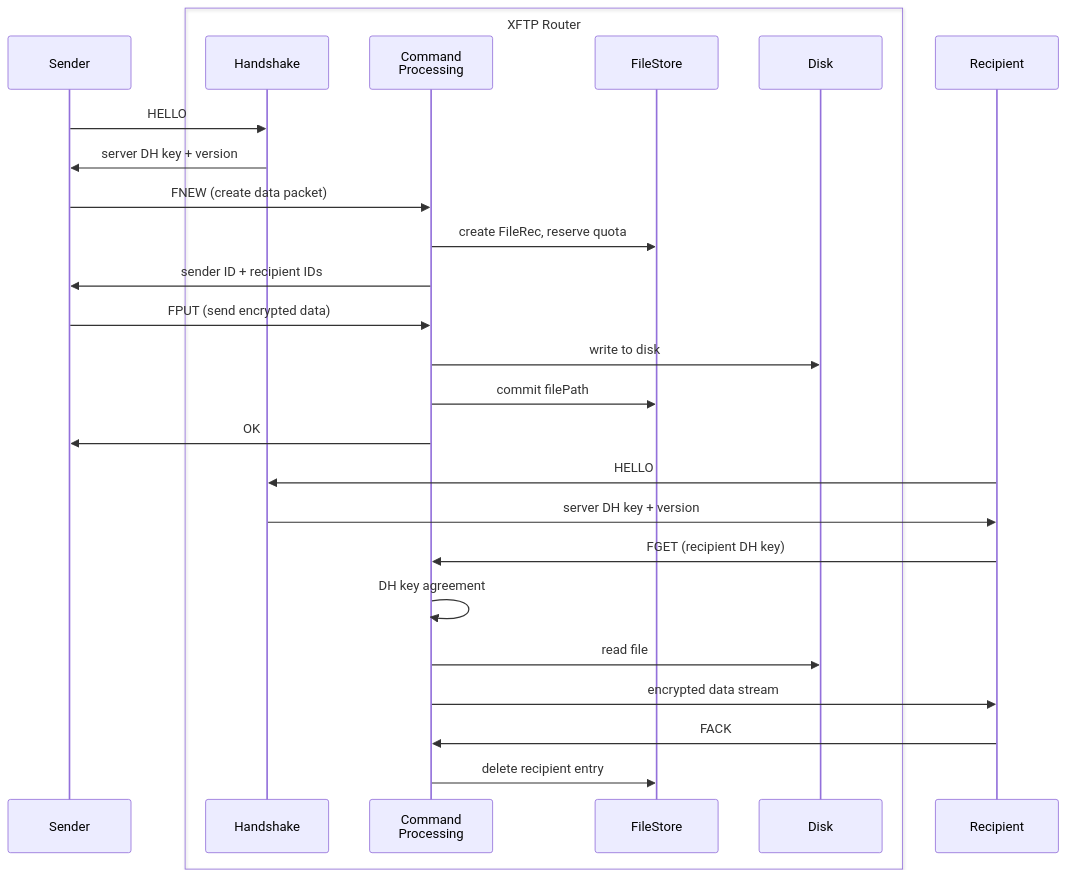
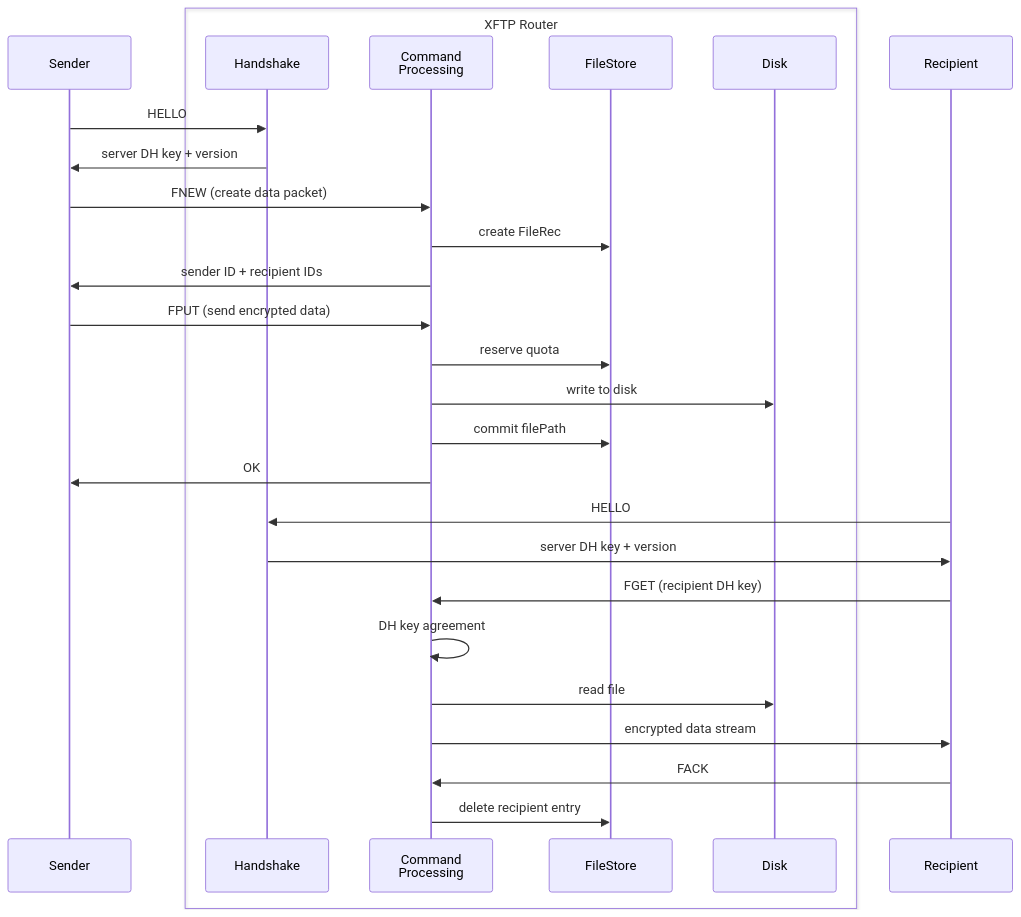
One commit to simplex-chat/simplexmq changed the third of 4 diagrams in spec/routers.md. Above: the diagram before and after it, drawn with Mermaid. The commit also changed 3 other files, not shown here.

````diff
--- a/spec/routers.md
+++ b/spec/routers.md
@@ -81,36 +81,37 @@
 ```mermaid
 sequenceDiagram
     participant S as Sender
 
     box XFTP Router
         participant HS as Handshake
         participant CP as Command<br>Processing
         participant FS as FileStore
         participant D as Disk
     end
 
     participant R as Recipient
 
     S->>HS: HELLO
     HS->>S: server DH key + version
 
     S->>CP: FNEW (create data packet)
-    CP->>FS: create FileRec, reserve quota
+    CP->>FS: create FileRec
     CP->>S: sender ID + recipient IDs
 
     S->>CP: FPUT (send encrypted data)
+    CP->>FS: reserve quota
     CP->>D: write to disk
     CP->>FS: commit filePath
     CP->>S: OK
 
     R->>HS: HELLO
     HS->>R: server DH key + version
 
     R->>CP: FGET (recipient DH key)
     CP->>CP: DH key agreement
     CP->>D: read file
     CP->>R: encrypted data stream
 
     R->>CP: FACK
     CP->>FS: delete recipient entry
 ```
````
